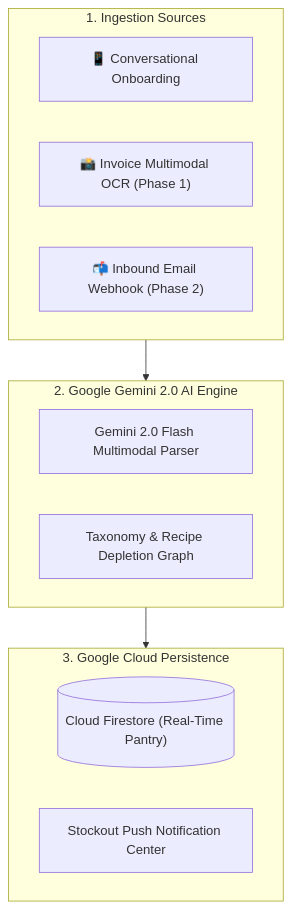
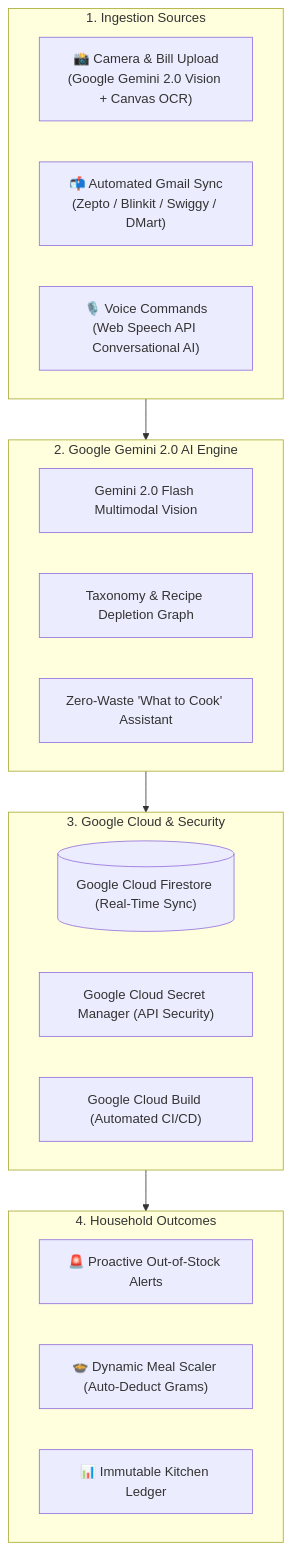
The diagram in README.md (sindhuja-ramesh/dearhome), drawn with Mermaid before and after one commit. The commit also changed other lines of this file, not shown here.

Commit message:
docs: update README with comprehensive system features, Google AI stack, and live links

````diff
--- a/README.md
+++ b/README.md
@@ -17,20 +28,31 @@
 ```mermaid
 flowchart TD
     subgraph Sources ["1. Ingestion Sources"]
-        A1["📱 Conversational Onboarding"]
-        A2["📸 Invoice Multimodal OCR (Phase 1)"]
-        A3["📬 Inbound Email Webhook (Phase 2)"]
+        A1["📸 Camera & Bill Upload
+(Google Gemini 2.0 Vision + Canvas OCR)"]
+        A2["📬 Automated Gmail Sync
+(Zepto / Blinkit / Swiggy / DMart)"]
+        A3["🎙️ Voice Commands
+(Web Speech API Conversational AI)"]
     end
 
     subgraph AI_Core ["2. Google Gemini 2.0 AI Engine"]
-        B1["Gemini 2.0 Flash Multimodal Parser"]
+        B1["Gemini 2.0 Flash Multimodal Vision"]
         B2["Taxonomy & Recipe Depletion Graph"]
+        B3["Zero-Waste 'What to Cook' Assistant"]
     end
 
-    subgraph Cloud_Storage ["3. Google Cloud Persistence"]
-        C1[("Cloud Firestore (Real-Time Pantry)")]
-        C2["Stockout Push Notification Center"]
+    subgraph Cloud_Persistence ["3. Google Cloud & Security"]
+        C1[("Google Cloud Firestore (Real-Time Sync)")]
+        C2["Google Cloud Secret Manager (API Security)"]
+        C3["Google Cloud Build (Automated CI/CD)"]
     end
 
-    Sources --> AI_Core --> Cloud_Storage
+    subgraph User_Action ["4. Household Outcomes"]
+        D1["🚨 Proactive Out-of-Stock Alerts"]
+        D2["🍲 Dynamic Meal Scaler (Auto-Deduct Grams)"]
+        D3["📊 Immutable Kitchen Ledger"]
+    end
+
+    Sources --> AI_Core --> Cloud_Persistence --> User_Action
 ```
````
